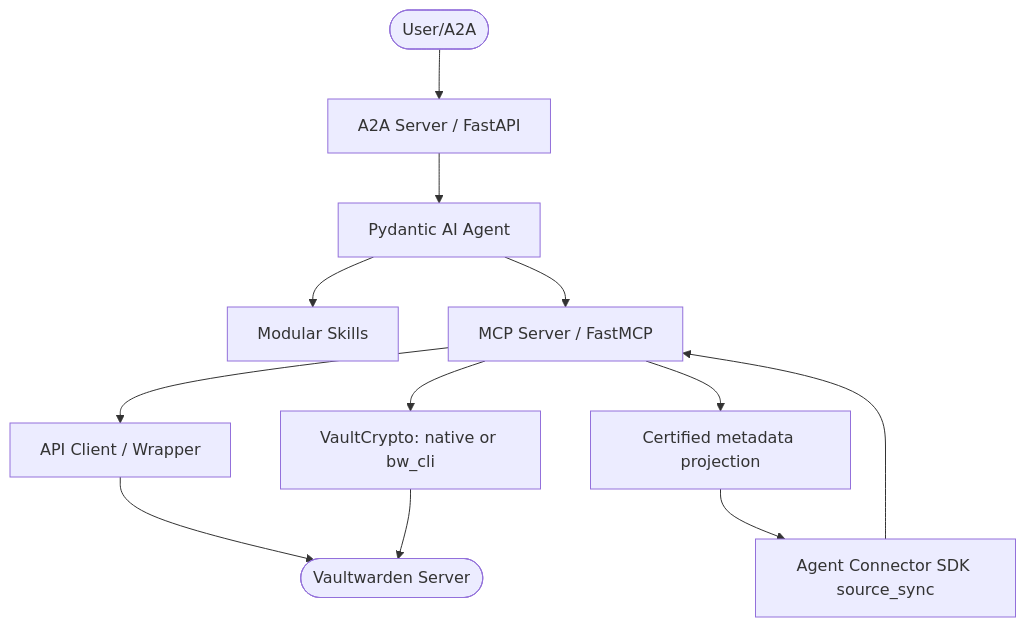
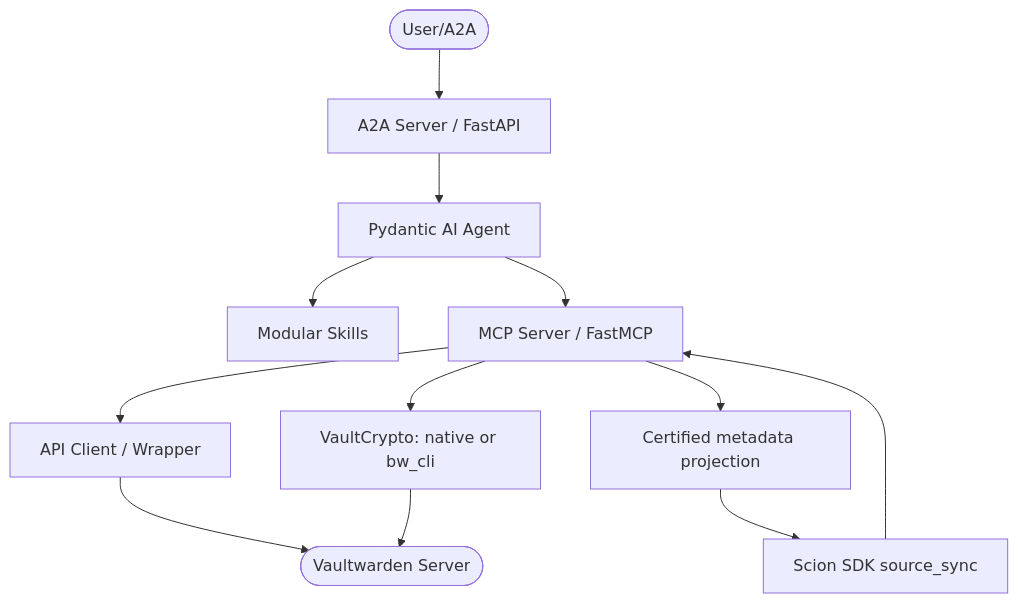
The first of 2 diagrams in AGENTS.md (Knuckles-Team/vaultwarden-mcp), drawn with Mermaid before and after one commit. The commit also changed other lines of this file and 34 other files, not shown here.

First line of the commit message:
chore: migrate to scion-sdk 0.6.0 (scion_sdk import package)

````diff
--- a/AGENTS.md
+++ b/AGENTS.md
@@ -39,14 +39,14 @@
 ```mermaid
 graph TD
     User([User/A2A]) --> Server[A2A Server / FastAPI]
     Server --> Agent[Pydantic AI Agent]
     Agent --> Skills[Modular Skills]
     Agent --> MCP[MCP Server / FastMCP]
     MCP --> Client[API Client / Wrapper]
-    SourceSync[Agent Connector SDK source_sync] --> MCP
+    SourceSync[Scion SDK source_sync] --> MCP
     MCP --> Projection[Certified metadata projection]
     Projection --> SourceSync
     Client --> ExternalAPI([Vaultwarden Server])
     MCP --> Crypto[VaultCrypto: native or bw_cli]
     Crypto --> ExternalAPI
 ```
````
